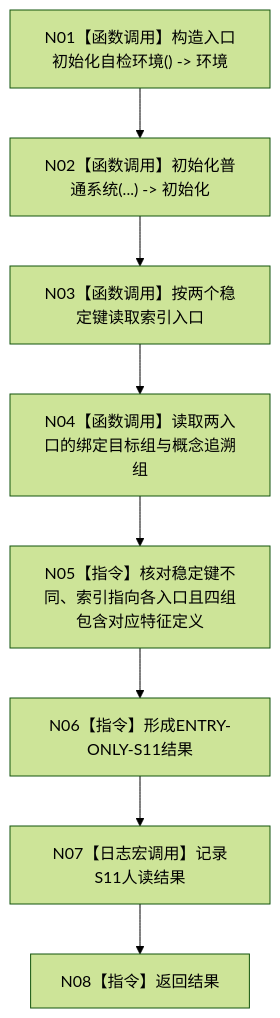
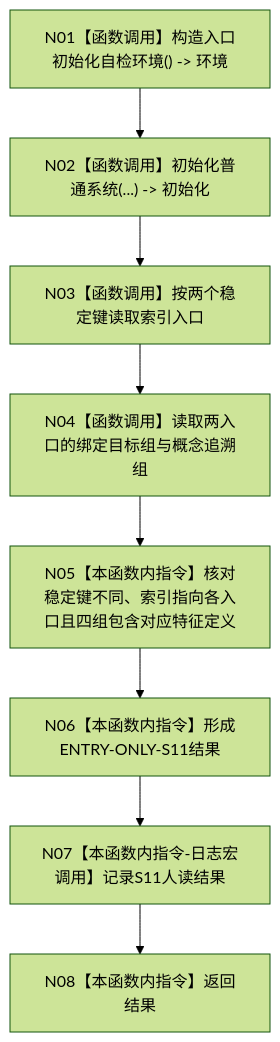
One commit to chunhaizh-cyber/HY-Ego changed the diagram in 流程图/20260726_ENTRY-ONLY_S11_根需求稳定语义与特征定义_施工流程图_v0.1.md. Above: the diagram before and after it, drawn with Mermaid (forest theme). The commit also changed other lines of this file and 88 other files, not shown here.

````diff
--- a/流程图/20260726_ENTRY-ONLY_S11_根需求稳定语义与特征定义_施工流程图_v0.1.md
+++ b/流程图/20260726_ENTRY-ONLY_S11_根需求稳定语义与特征定义_施工流程图_v0.1.md
@@ -7,10 +27,10 @@
 ```mermaid
 flowchart TD
     N01["N01【函数调用】构造入口初始化自检环境() -> 环境"] --> N02["N02【函数调用】初始化普通系统(...) -> 初始化"]
     N02 --> N03["N03【函数调用】按两个稳定键读取索引入口"]
     N03 --> N04["N04【函数调用】读取两入口的绑定目标组与概念追溯组"]
-    N04 --> N05["N05【指令】核对稳定键不同、索引指向各入口且四组包含对应特征定义"]
-    N05 --> N06["N06【指令】形成ENTRY-ONLY-S11结果"]
-    N06 --> N07["N07【日志宏调用】记录S11人读结果"]
-    N07 --> N08["N08【指令】返回结果"]
+    N04 --> N05["N05【本函数内指令】核对稳定键不同、索引指向各入口且四组包含对应特征定义"]
+    N05 --> N06["N06【本函数内指令】形成ENTRY-ONLY-S11结果"]
+    N06 --> N07["N07【本函数内指令-日志宏调用】记录S11人读结果"]
+    N07 --> N08["N08【本函数内指令】返回结果"]
 ```
````
